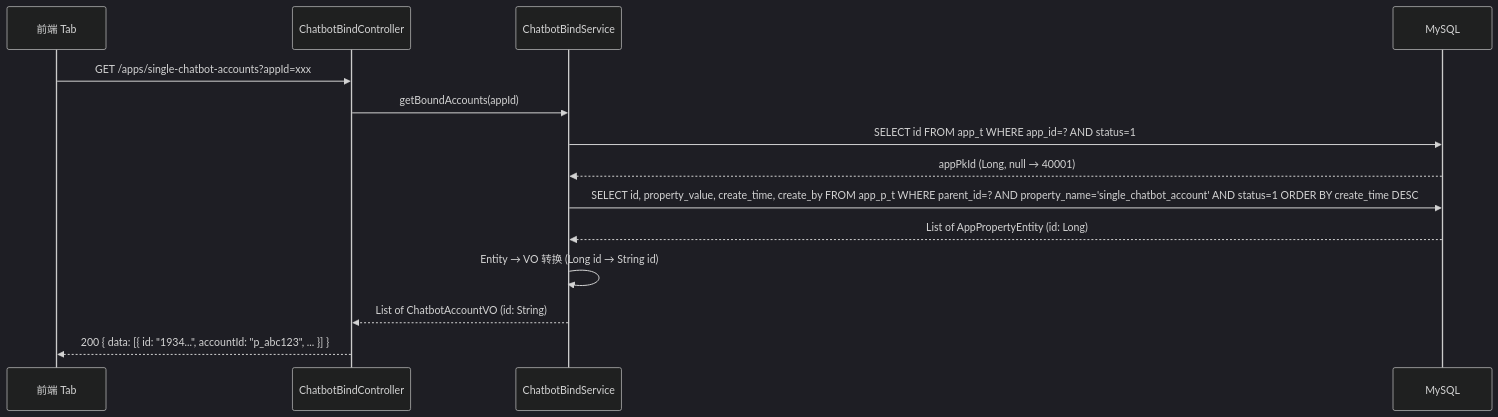
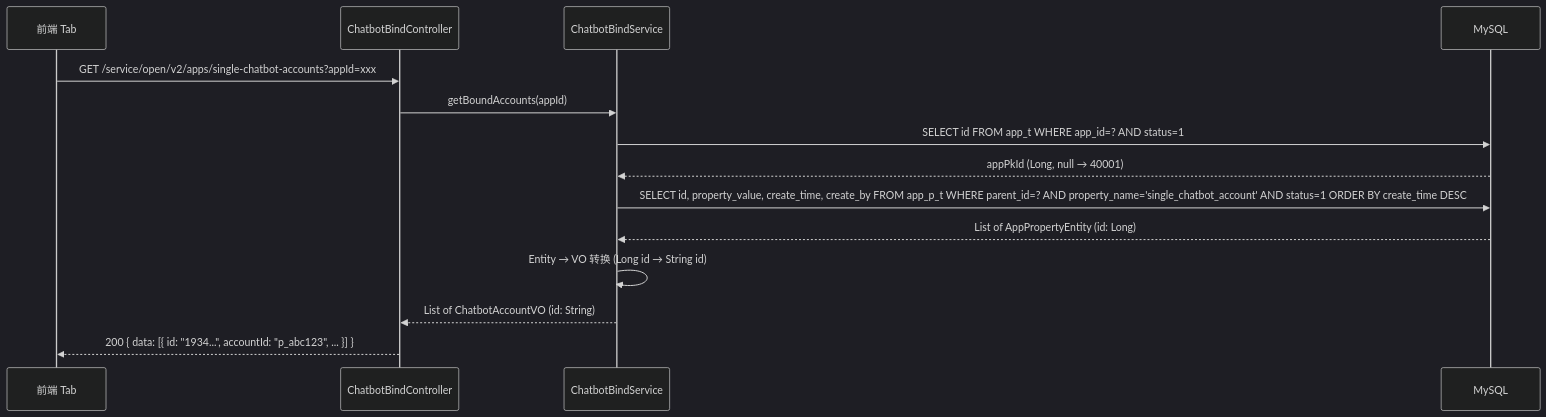
Before and after one commit to THZSummer/open-app: the fifth of 8 diagrams in docs/market-server/app-single-chatbot-bindtab-spec.md, drawn with Mermaid (dark theme). The commit also changed other lines of this file and 2 other files, not shown here.

First line of the commit message:
feat(chatbot-bindtab): spec v2.0 - contact API validation + tag layout

````diff
--- a/docs/market-server/app-single-chatbot-bindtab-spec.md
+++ b/docs/market-server/app-single-chatbot-bindtab-spec.md
@@ -778,21 +968,21 @@
 ```mermaid
 sequenceDiagram
     participant FE as 前端 Tab
     participant API as ChatbotBindController
     participant Svc as ChatbotBindService
     participant DB as MySQL
 
-    FE->>API: GET /apps/single-chatbot-accounts?appId=xxx
+    FE->>API: GET /service/open/v2/apps/single-chatbot-accounts?appId=xxx
     API->>Svc: getBoundAccounts(appId)
 
     Svc->>DB: SELECT id FROM app_t WHERE app_id=? AND status=1
     DB-->>Svc: appPkId (Long, null → 40001)
 
     Svc->>DB: SELECT id, property_value, create_time, create_by FROM app_p_t WHERE parent_id=? AND property_name='single_chatbot_account' AND status=1 ORDER BY create_time DESC
     DB-->>Svc: List of AppPropertyEntity (id: Long)
 
     Svc->>Svc: Entity → VO 转换 (Long id → String id)
 
     Svc-->>API: List of ChatbotAccountVO (id: String)
     API-->>FE: 200 { data: [{ id: "1934...", accountId: "p_abc123", ... }] }
 ```
````
